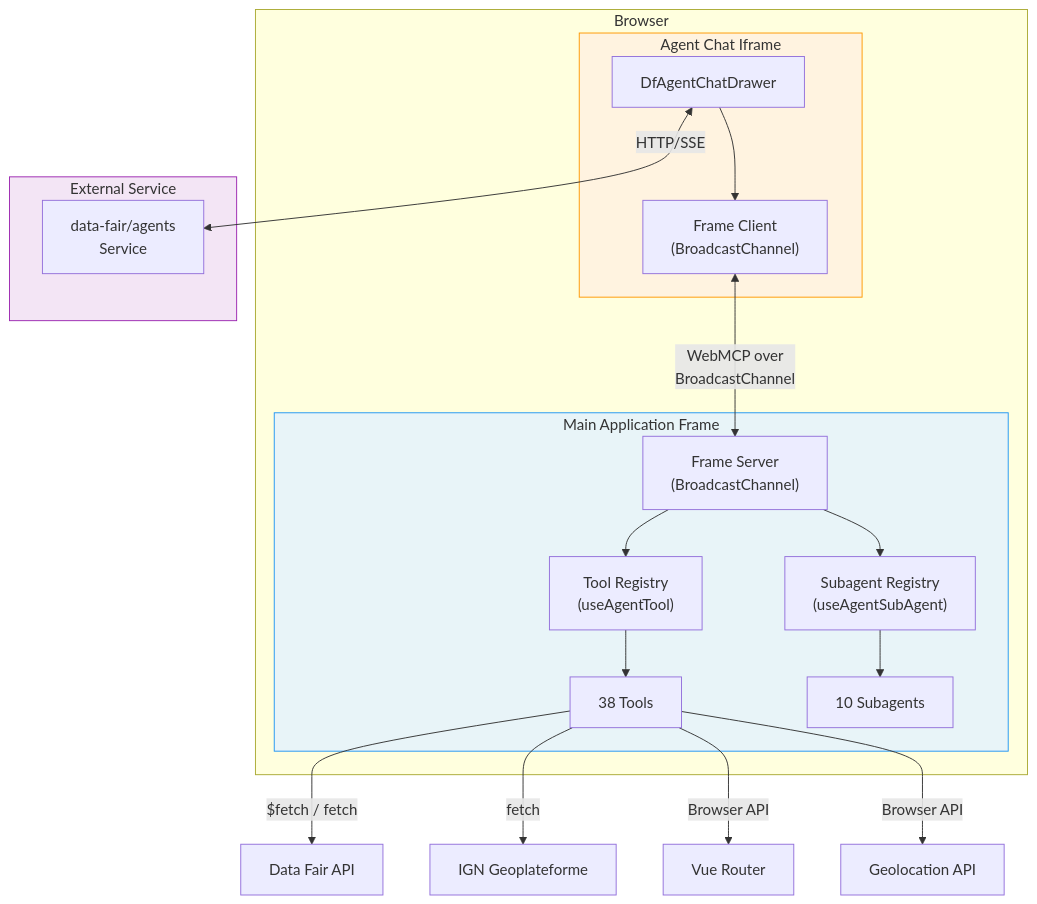
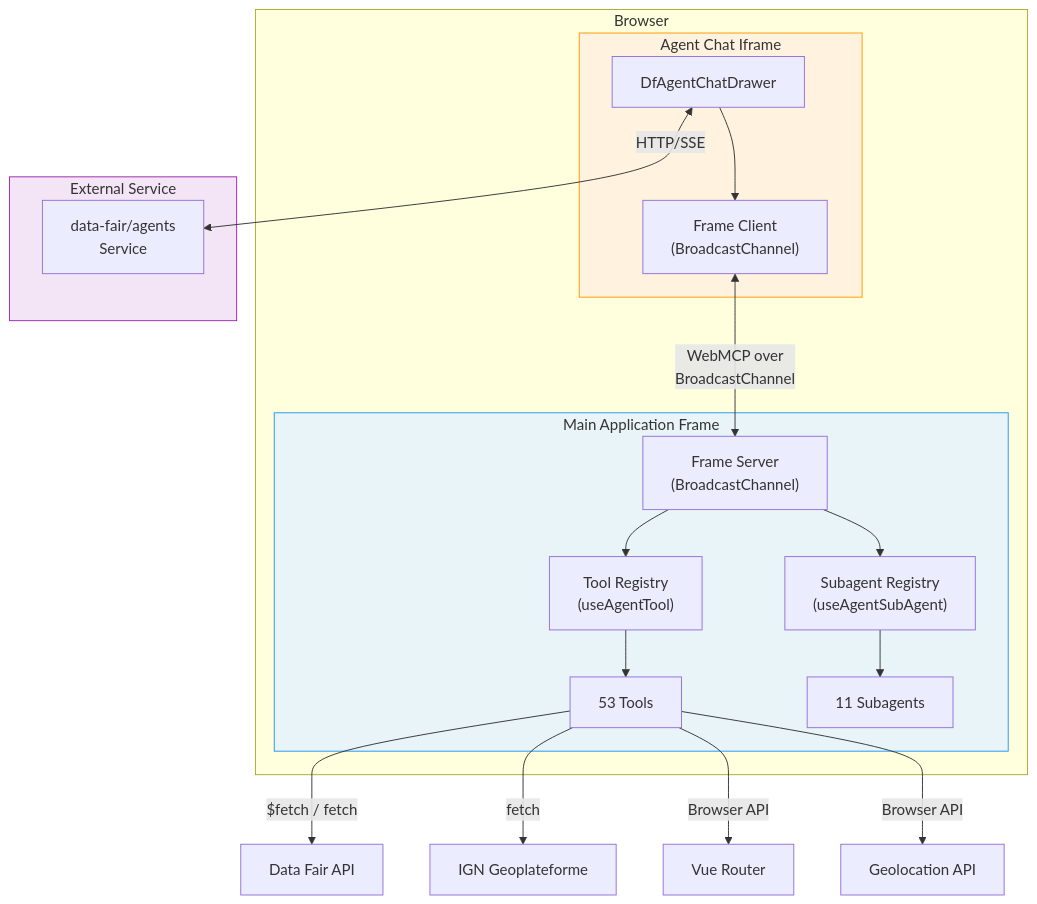
One commit to data-fair/data-fair changed the first of 3 diagrams in docs/architecture/agent-integration.md. Above: the diagram before and after it, drawn with Mermaid. The commit also changed other lines of this file and 8 other files, not shown here.

````diff
--- a/docs/architecture/agent-integration.md
+++ b/docs/architecture/agent-integration.md
@@ -31,34 +31,34 @@
 ```mermaid
 graph TB
     subgraph Browser
         subgraph MainFrame["Main Application Frame"]
             FS["Frame Server<br/>(BroadcastChannel)"]
             TR["Tool Registry<br/>(useAgentTool)"]
             SR["Subagent Registry<br/>(useAgentSubAgent)"]
-            Tools["38 Tools"]
-            SubAgents["10 Subagents"]
+            Tools["53 Tools"]
+            SubAgents["11 Subagents"]
             TR --> Tools
             SR --> SubAgents
             FS --> TR
             FS --> SR
         end
         subgraph ChatIframe["Agent Chat Iframe"]
             CD["DfAgentChatDrawer"]
             FC["Frame Client<br/>(BroadcastChannel)"]
             CD --> FC
         end
         FC <-->|"WebMCP over<br/>BroadcastChannel"| FS
     end
     subgraph External["External Service"]
         AS["data-fair/agents<br/>Service"]
     end
     CD <-->|"HTTP/SSE"| AS
     Tools -->|"$fetch / fetch"| API["Data Fair API"]
     Tools -->|"fetch"| GEO["IGN Geoplateforme"]
     Tools -->|"Browser API"| NAV["Vue Router"]
     Tools -->|"Browser API"| GEOLOC["Geolocation API"]
 
     style MainFrame fill:#e8f4f8,stroke:#2196F3
     style ChatIframe fill:#fff3e0,stroke:#FF9800
     style External fill:#f3e5f5,stroke:#9C27B0
 ```
````
